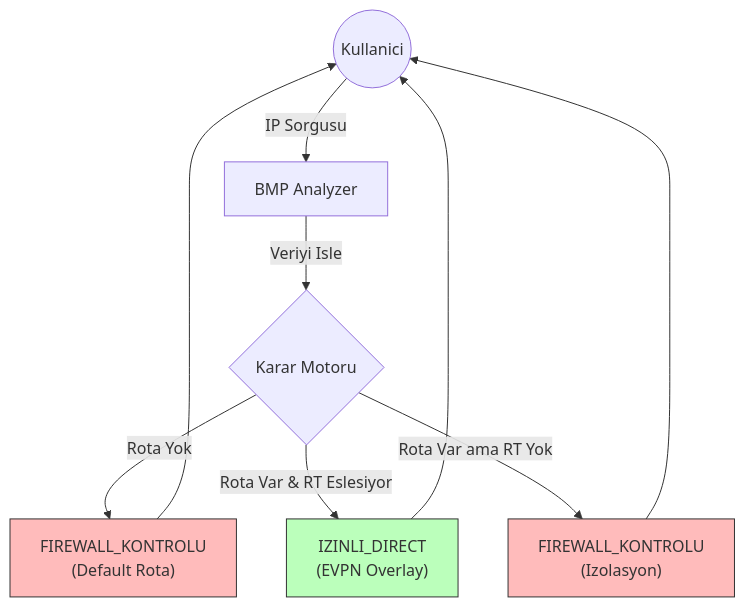
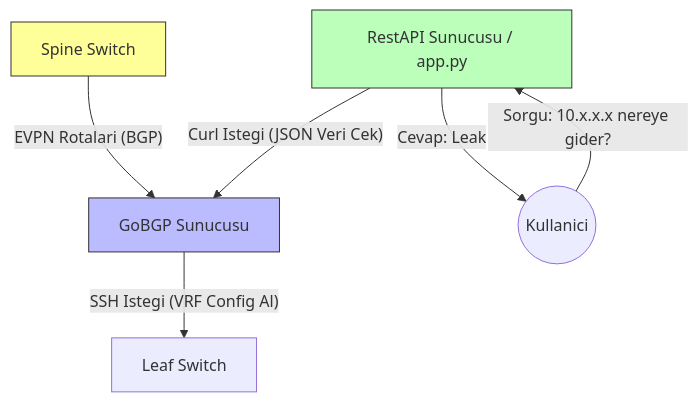
One commit to onrmdc/bmp-analyzer changed the diagram in README.md. Above: the diagram before and after it, drawn with Mermaid.

````diff
--- a/README.md
+++ b/README.md
@@ -19,23 +19,23 @@
 ```mermaid
 graph TD
+    %% Bilesenler
+    Spine[Spine Switch]
+    Leaf[Leaf Switch]
+    GoBGP[GoBGP Sunucusu]
+    RestAPI[RestAPI Sunucusu / app.py]
     User((Kullanici))
-    Analyzer[BMP Analyzer]
-    Logic{Karar Motoru}
+
+    %% Baglantilar
+    Spine -- EVPN Rotalari (BGP) --> GoBGP
+    GoBGP -- SSH Istegi (VRF Config Al) --> Leaf
     
-    User -- IP Sorgusu --> Analyzer
-    Analyzer -- Veriyi Isle --> Logic
+    RestAPI -- Curl Istegi (JSON Veri Cek) --> GoBGP
     
-    Logic -- Rota Yok --> FW["FIREWALL_KONTROLU\n(Default Rota)"]
-    
-    Logic -- Rota Var & RT Eslesiyor --> Direct["IZINLI_DIRECT\n(EVPN Overlay)"]
-    
-    Logic -- Rota Var ama RT Yok --> Iso["FIREWALL_KONTROLU\n(Izolasyon)"]
-    
-    FW --> User
-    Direct --> User
-    Iso --> User
+    User -- Sorgu: 10.x.x.x nereye gider? --> RestAPI
+    RestAPI -- Cevap: Leak --> User
 
-    style Direct fill:#bfb,stroke:#333
-    style FW fill:#fbb,stroke:#333
-    style Iso fill:#fbb,stroke:#333
+    %% Renklendirme
+    style Spine fill:#ff9,stroke:#333
+    style GoBGP fill:#bbf,stroke:#333
+    style RestAPI fill:#bfb,stroke:#333
 ```
````
